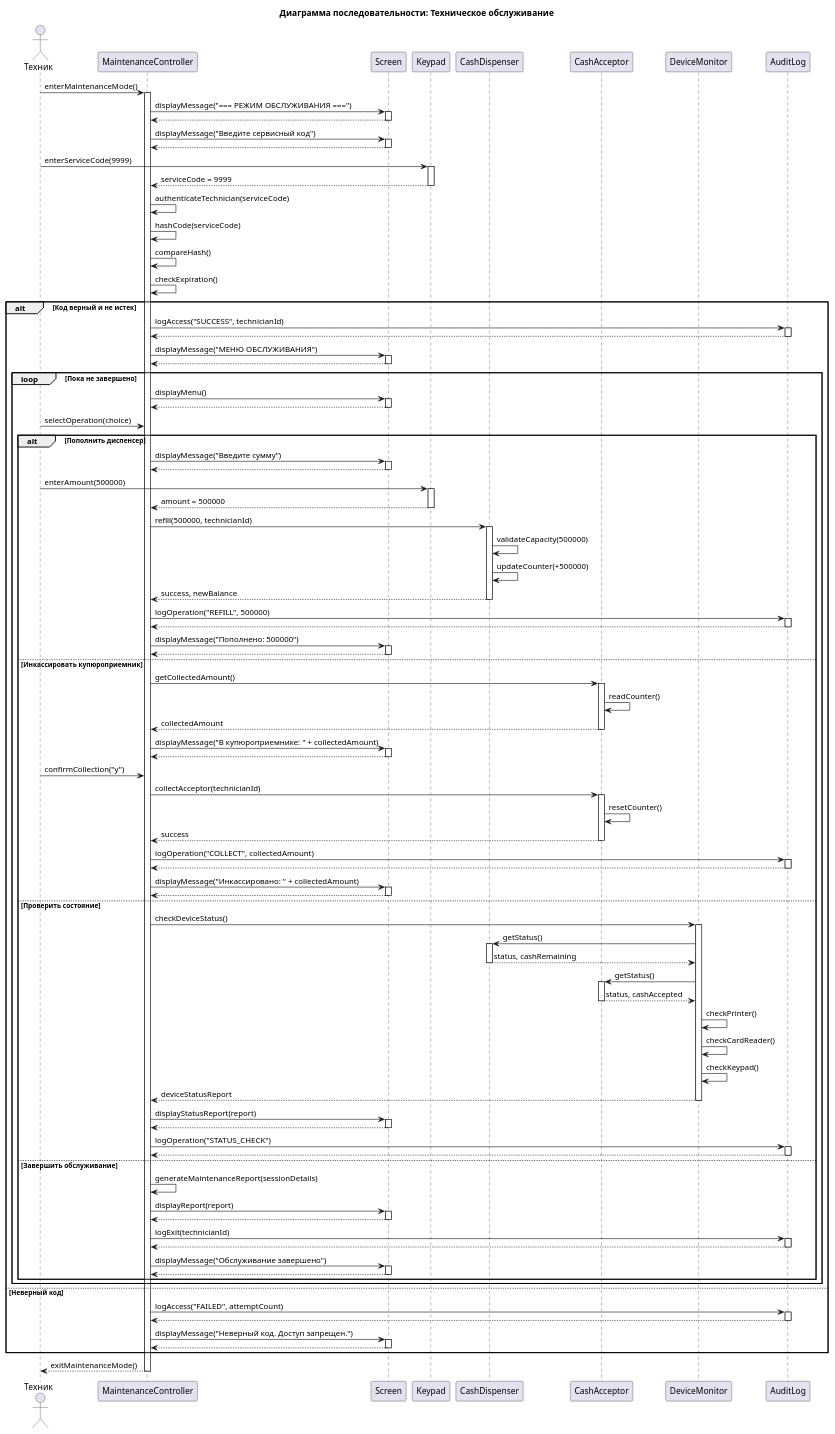
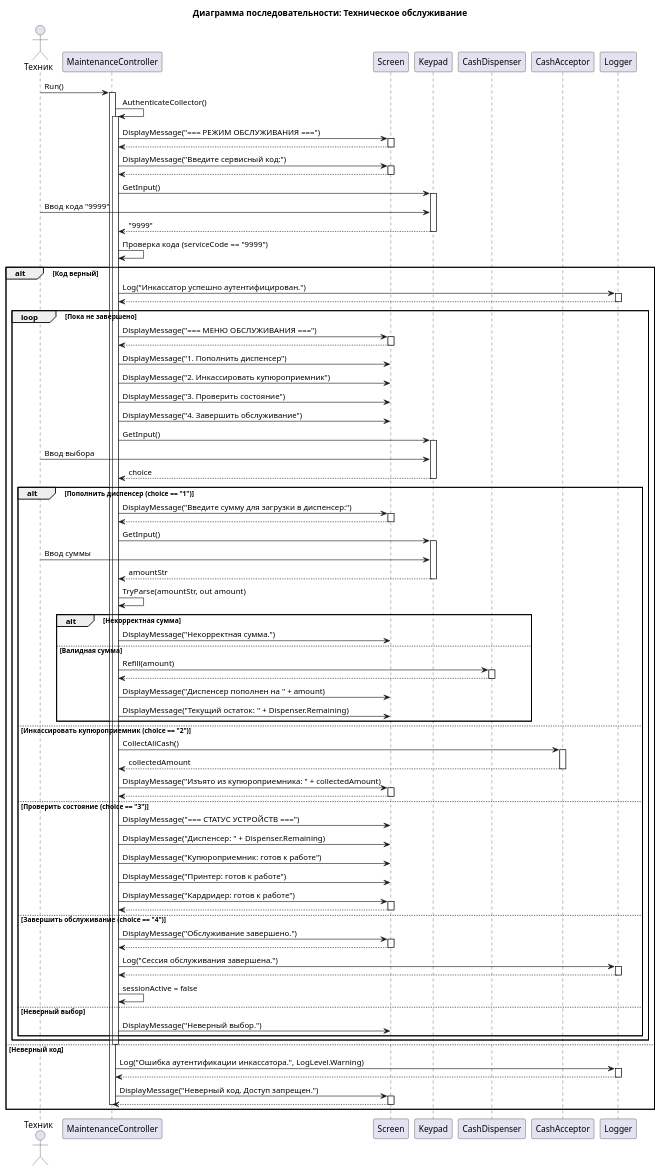
The diagram in Прецеденты/Тех обслуживание/sequence_diagram.puml (penamarth/bsbo-16-23_team5_var1_atm), drawn with PlantUML before and after one commit. The commit also changed 26 other files, not shown here.

```diff
--- a/Прецеденты/Тех обслуживание/sequence_diagram.puml
+++ b/Прецеденты/Тех обслуживание/sequence_diagram.puml
@@ -1,179 +1,137 @@
 @startuml
 title Диаграмма последовательности: Техническое обслуживание
 
 actor "Техник" as Technician
 participant "MaintenanceController" as Controller
 participant "Screen" as Screen
 participant "Keypad" as Keypad
 participant "CashDispenser" as Dispenser
 participant "CashAcceptor" as Acceptor
-participant "DeviceMonitor" as Monitor
-participant "AuditLog" as Log
+participant "Logger" as Logger
 
-Technician -> Controller: enterMaintenanceMode()
+Technician -> Controller: Run()
 activate Controller
 
-Controller -> Screen: displayMessage("=== РЕЖИМ ОБСЛУЖИВАНИЯ ===")
+Controller -> Controller: AuthenticateCollector()
+activate Controller
+
+Controller -> Screen: DisplayMessage("=== РЕЖИМ ОБСЛУЖИВАНИЯ ===")
 activate Screen
 Screen --> Controller:
 deactivate Screen
 
-Controller -> Screen: displayMessage("Введите сервисный код")
+Controller -> Screen: DisplayMessage("Введите сервисный код:")
 activate Screen
 Screen --> Controller:
 deactivate Screen
 
-Technician -> Keypad: enterServiceCode(9999)
+Controller -> Keypad: GetInput()
 activate Keypad
-Keypad --> Controller: serviceCode = 9999
+Technician -> Keypad: Ввод кода "9999"
+Keypad --> Controller: "9999"
 deactivate Keypad
 
-Controller -> Controller: authenticateTechnician(serviceCode)
-Controller -> Controller: hashCode(serviceCode)
-Controller -> Controller: compareHash()
-Controller -> Controller: checkExpiration()
+Controller -> Controller: Проверка кода (serviceCode == "9999")
 
-alt Код верный и не истек
-    Controller -> Log: logAccess("SUCCESS", technicianId)
-    activate Log
-    Log --> Controller:
-    deactivate Log
-    
-    Controller -> Screen: displayMessage("МЕНЮ ОБСЛУЖИВАНИЯ")
-    activate Screen
-    Screen --> Controller:
-    deactivate Screen
+alt Код верный
+    Controller -> Logger: Log("Инкассатор успешно аутентифицирован.")
+    activate Logger
+    Logger --> Controller:
+    deactivate Logger
     
     loop Пока не завершено
-        Controller -> Screen: displayMenu()
+        Controller -> Screen: DisplayMessage("=== МЕНЮ ОБСЛУЖИВАНИЯ ===")
         activate Screen
         Screen --> Controller:
         deactivate Screen
         
-        Technician -> Controller: selectOperation(choice)
+        Controller -> Screen: DisplayMessage("1. Пополнить диспенсер")
+        Controller -> Screen: DisplayMessage("2. Инкассировать купюроприемник")
+        Controller -> Screen: DisplayMessage("3. Проверить состояние")
+        Controller -> Screen: DisplayMessage("4. Завершить обслуживание")
         
-        alt Пополнить диспенсер
-            Controller -> Screen: displayMessage("Введите сумму")
+        Controller -> Keypad: GetInput()
+        activate Keypad
+        Technician -> Keypad: Ввод выбора
+        Keypad --> Controller: choice
+        deactivate Keypad
+        
+        alt Пополнить диспенсер (choice == "1")
+            Controller -> Screen: DisplayMessage("Введите сумму для загрузки в диспенсер:")
             activate Screen
             Screen --> Controller:
             deactivate Screen
             
-            Technician -> Keypad: enterAmount(500000)
+            Controller -> Keypad: GetInput()
             activate Keypad
-            Keypad --> Controller: amount = 500000
+            Technician -> Keypad: Ввод суммы
+            Keypad --> Controller: amountStr
             deactivate Keypad
             
-            Controller -> Dispenser: refill(500000, technicianId)
-            activate Dispenser
-            Dispenser -> Dispenser: validateCapacity(500000)
-            Dispenser -> Dispenser: updateCounter(+500000)
-            Dispenser --> Controller: success, newBalance
-            deactivate Dispenser
+            Controller -> Controller: TryParse(amountStr, out amount)
             
-            Controller -> Log: logOperation("REFILL", 500000)
-            activate Log
-            Log --> Controller:
-            deactivate Log
+            alt Некорректная сумма
+                Controller -> Screen: DisplayMessage("Некорректная сумма.")
+            else Валидная сумма
+                Controller -> Dispenser: Refill(amount)
+                activate Dispenser
+                Dispenser --> Controller
+                deactivate Dispenser
+                
+                Controller -> Screen: DisplayMessage("Диспенсер пополнен на " + amount)
+                Controller -> Screen: DisplayMessage("Текущий остаток: " + Dispenser.Remaining)
+            end
             
-            Controller -> Screen: displayMessage("Пополнено: 500000")
+        else Инкассировать купюроприемник (choice == "2")
+            Controller -> Acceptor: CollectAllCash()
+            activate Acceptor
+            Acceptor --> Controller: collectedAmount
+            deactivate Acceptor
+            
+            Controller -> Screen: DisplayMessage("Изъято из купюроприемника: " + collectedAmount)
             activate Screen
             Screen --> Controller:
             deactivate Screen
             
-        else Инкассировать купюроприемник
-            Controller -> Acceptor: getCollectedAmount()
-            activate Acceptor
-            Acceptor -> Acceptor: readCounter()
-            Acceptor --> Controller: collectedAmount
-            deactivate Acceptor
-            
-            Controller -> Screen: displayMessage("В купюроприемнике: " + collectedAmount)
+        else Проверить состояние (choice == "3")
+            Controller -> Screen: DisplayMessage("=== СТАТУС УСТРОЙСТВ ===")
+            Controller -> Screen: DisplayMessage("Диспенсер: " + Dispenser.Remaining)
+            Controller -> Screen: DisplayMessage("Купюроприемник: готов к работе")
+            Controller -> Screen: DisplayMessage("Принтер: готов к работе")
+            Controller -> Screen: DisplayMessage("Кардридер: готов к работе")
             activate Screen
             Screen --> Controller:
             deactivate Screen
             
-            Technician -> Controller: confirmCollection("y")
-            
-            Controller -> Acceptor: collectAcceptor(technicianId)
-            activate Acceptor
-            Acceptor -> Acceptor: resetCounter()
-            Acceptor --> Controller: success
-            deactivate Acceptor
-            
-            Controller -> Log: logOperation("COLLECT", collectedAmount)
-            activate Log
-            Log --> Controller:
-            deactivate Log
-            
-            Controller -> Screen: displayMessage("Инкассировано: " + collectedAmount)
+        else Завершить обслуживание (choice == "4")
+            Controller -> Screen: DisplayMessage("Обслуживание завершено.")
             activate Screen
             Screen --> Controller:
             deactivate Screen
             
-        else Проверить состояние
-            Controller -> Monitor: checkDeviceStatus()
-            activate Monitor
+            Controller -> Logger: Log("Сессия обслуживания завершена.")
+            activate Logger
+            Logger --> Controller:
+            deactivate Logger
             
-            Monitor -> Dispenser: getStatus()
-            activate Dispenser
-            Dispenser --> Monitor: status, cashRemaining
-            deactivate Dispenser
-            
-            Monitor -> Acceptor: getStatus()
-            activate Acceptor
-            Acceptor --> Monitor: status, cashAccepted
-            deactivate Acceptor
-            
-            Monitor -> Monitor: checkPrinter()
-            Monitor -> Monitor: checkCardReader()
-            Monitor -> Monitor: checkKeypad()
-            
-            Monitor --> Controller: deviceStatusReport
-            deactivate Monitor
-            
-            Controller -> Screen: displayStatusReport(report)
-            activate Screen
-            Screen --> Controller:
-            deactivate Screen
-            
-            Controller -> Log: logOperation("STATUS_CHECK")
-            activate Log
-            Log --> Controller:
-            deactivate Log
-            
-        else Завершить обслуживание
-            Controller -> Controller: generateMaintenanceReport(sessionDetails)
-            
-            Controller -> Screen: displayReport(report)
-            activate Screen
-            Screen --> Controller:
-            deactivate Screen
-            
-            Controller -> Log: logExit(technicianId)
-            activate Log
-            Log --> Controller:
-            deactivate Log
-            
-            Controller -> Screen: displayMessage("Обслуживание завершено")
-            activate Screen
-            Screen --> Controller:
-            deactivate Screen
+            Controller -> Controller: sessionActive = false
+        else Неверный выбор
+            Controller -> Screen: DisplayMessage("Неверный выбор.")
         end
     end
+    deactivate Controller
     
 else Неверный код
-    Controller -> Log: logAccess("FAILED", attemptCount)
-    activate Log
-    Log --> Controller:
-    deactivate Log
+    Controller -> Logger: Log("Ошибка аутентификации инкассатора.", LogLevel.Warning)
+    activate Logger
+    Logger --> Controller:
+    deactivate Logger
     
-    Controller -> Screen: displayMessage("Неверный код. Доступ запрещен.")
+    Controller -> Screen: DisplayMessage("Неверный код. Доступ запрещен.")
     activate Screen
     Screen --> Controller:
     deactivate Screen
+    deactivate Controller
 end
 
-Controller --> Technician: exitMaintenanceMode()
-deactivate Controller
-
 @enduml
```
